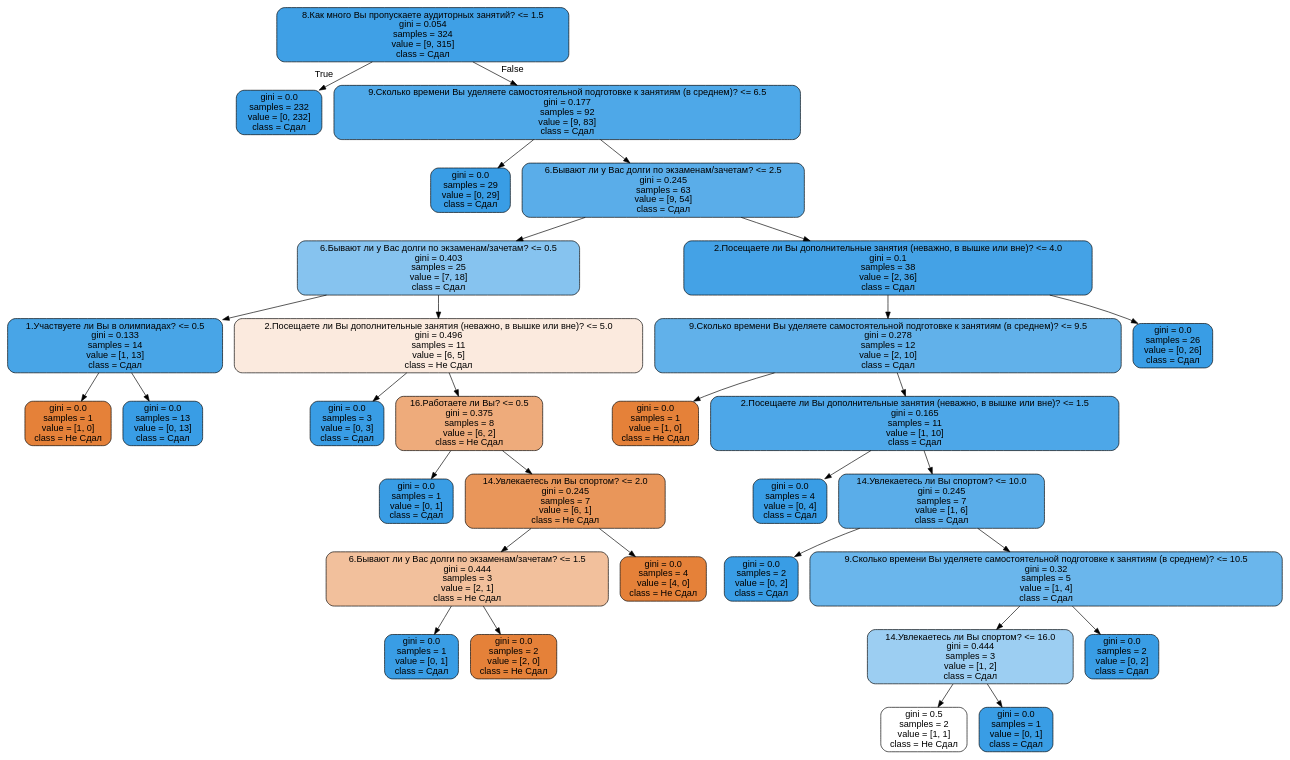
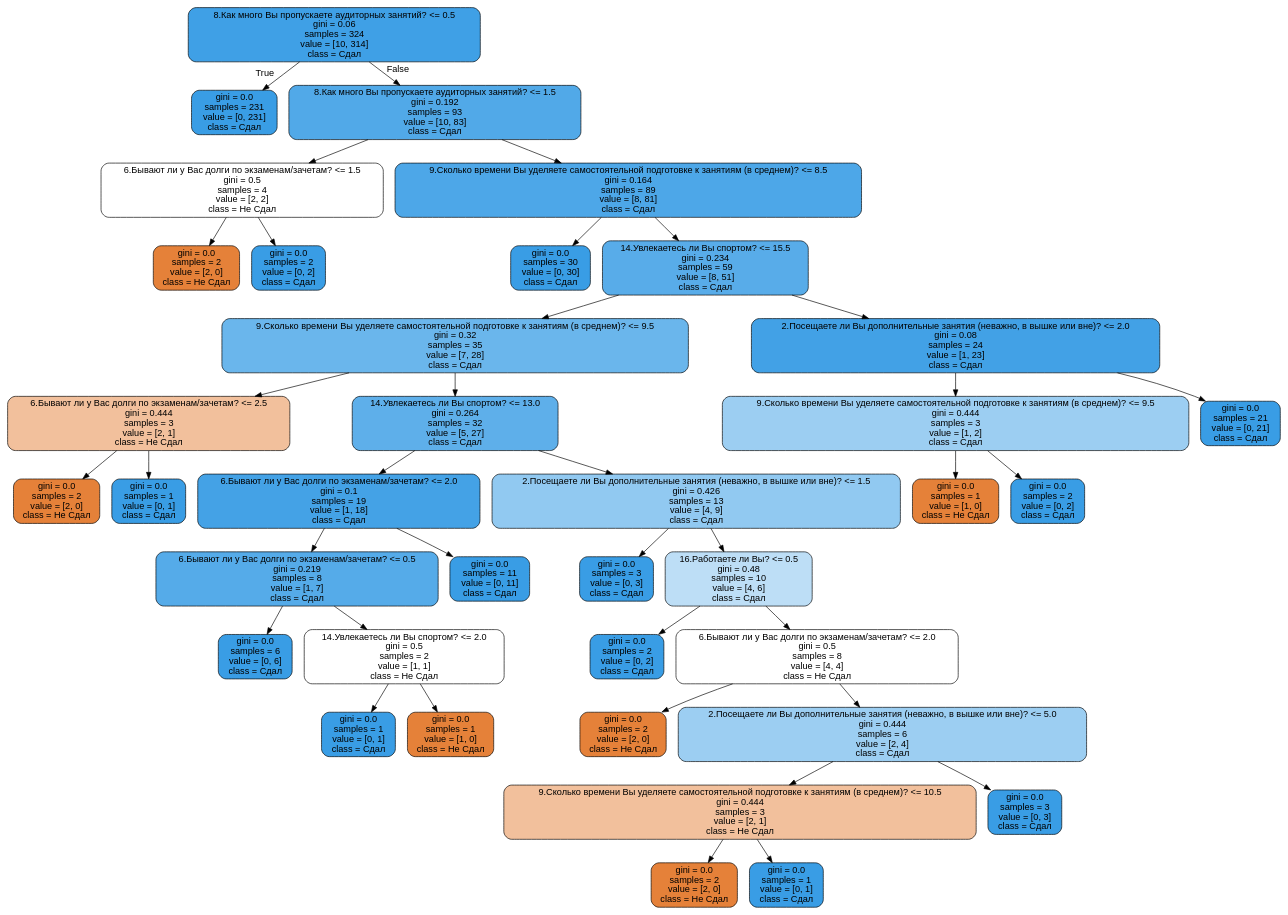
The diagram in myTreeName.dot (alexgiving/coursework_3), drawn with Graphviz before and after one commit. The commit also changed 9 other files, not shown here.

```diff
--- a/myTreeName.dot
+++ b/myTreeName.dot
@@ -1,65 +1,77 @@
 digraph Tree {
 node [shape=box, style="filled, rounded", color="black", fontname="helvetica"] ;
 edge [fontname="helvetica"] ;
-0 [label="8.Как много Вы пропускаете аудиторных занятий? <= 1.5\ngini = 0.054\nsamples = 324\nvalue = [9, 315]\nclass = Сдал", fillcolor="#3fa0e6"] ;
-1 [label="gini = 0.0\nsamples = 232\nvalue = [0, 232]\nclass = Сдал", fillcolor="#399de5"] ;
+0 [label="8.Как много Вы пропускаете аудиторных занятий? <= 0.5\ngini = 0.06\nsamples = 324\nvalue = [10, 314]\nclass = Сдал", fillcolor="#3fa0e6"] ;
+1 [label="gini = 0.0\nsamples = 231\nvalue = [0, 231]\nclass = Сдал", fillcolor="#399de5"] ;
 0 -> 1 [labeldistance=2.5, labelangle=45, headlabel="True"] ;
-2 [label="9.Сколько времени Вы уделяете самостоятельной подготовке к занятиям (в среднем)? <= 6.5\ngini = 0.177\nsamples = 92\nvalue = [9, 83]\nclass = Сдал", fillcolor="#4ea8e8"] ;
+2 [label="8.Как много Вы пропускаете аудиторных занятий? <= 1.5\ngini = 0.192\nsamples = 93\nvalue = [10, 83]\nclass = Сдал", fillcolor="#51a9e8"] ;
 0 -> 2 [labeldistance=2.5, labelangle=-45, headlabel="False"] ;
-3 [label="gini = 0.0\nsamples = 29\nvalue = [0, 29]\nclass = Сдал", fillcolor="#399de5"] ;
+3 [label="6.Бывают ли у Вас долги по экзаменам/зачетам? <= 1.5\ngini = 0.5\nsamples = 4\nvalue = [2, 2]\nclass = Не Сдал", fillcolor="#ffffff"] ;
 2 -> 3 ;
-4 [label="6.Бывают ли у Вас долги по экзаменам/зачетам? <= 2.5\ngini = 0.245\nsamples = 63\nvalue = [9, 54]\nclass = Сдал", fillcolor="#5aade9"] ;
-2 -> 4 ;
-5 [label="6.Бывают ли у Вас долги по экзаменам/зачетам? <= 0.5\ngini = 0.403\nsamples = 25\nvalue = [7, 18]\nclass = Сдал", fillcolor="#86c3ef"] ;
-4 -> 5 ;
-6 [label="1.Участвуете ли Вы в олимпиадах? <= 0.5\ngini = 0.133\nsamples = 14\nvalue = [1, 13]\nclass = Сдал", fillcolor="#48a5e7"] ;
-5 -> 6 ;
-7 [label="gini = 0.0\nsamples = 1\nvalue = [1, 0]\nclass = Не Сдал", fillcolor="#e58139"] ;
+4 [label="gini = 0.0\nsamples = 2\nvalue = [2, 0]\nclass = Не Сдал", fillcolor="#e58139"] ;
+3 -> 4 ;
+5 [label="gini = 0.0\nsamples = 2\nvalue = [0, 2]\nclass = Сдал", fillcolor="#399de5"] ;
+3 -> 5 ;
+6 [label="9.Сколько времени Вы уделяете самостоятельной подготовке к занятиям (в среднем)? <= 8.5\ngini = 0.164\nsamples = 89\nvalue = [8, 81]\nclass = Сдал", fillcolor="#4da7e8"] ;
+2 -> 6 ;
+7 [label="gini = 0.0\nsamples = 30\nvalue = [0, 30]\nclass = Сдал", fillcolor="#399de5"] ;
 6 -> 7 ;
-8 [label="gini = 0.0\nsamples = 13\nvalue = [0, 13]\nclass = Сдал", fillcolor="#399de5"] ;
+8 [label="14.Увлекаетесь ли Вы спортом? <= 15.5\ngini = 0.234\nsamples = 59\nvalue = [8, 51]\nclass = Сдал", fillcolor="#58ace9"] ;
 6 -> 8 ;
-9 [label="2.Посещаете ли Вы дополнительные занятия (неважно, в вышке или вне)? <= 5.0\ngini = 0.496\nsamples = 11\nvalue = [6, 5]\nclass = Не Сдал", fillcolor="#fbeade"] ;
-5 -> 9 ;
-10 [label="gini = 0.0\nsamples = 3\nvalue = [0, 3]\nclass = Сдал", fillcolor="#399de5"] ;
+9 [label="9.Сколько времени Вы уделяете самостоятельной подготовке к занятиям (в среднем)? <= 9.5\ngini = 0.32\nsamples = 35\nvalue = [7, 28]\nclass = Сдал", fillcolor="#6ab6ec"] ;
+8 -> 9 ;
+10 [label="6.Бывают ли у Вас долги по экзаменам/зачетам? <= 2.5\ngini = 0.444\nsamples = 3\nvalue = [2, 1]\nclass = Не Сдал", fillcolor="#f2c09c"] ;
 9 -> 10 ;
-11 [label="16.Работаете ли Вы? <= 0.5\ngini = 0.375\nsamples = 8\nvalue = [6, 2]\nclass = Не Сдал", fillcolor="#eeab7b"] ;
-9 -> 11 ;
+11 [label="gini = 0.0\nsamples = 2\nvalue = [2, 0]\nclass = Не Сдал", fillcolor="#e58139"] ;
+10 -> 11 ;
 12 [label="gini = 0.0\nsamples = 1\nvalue = [0, 1]\nclass = Сдал", fillcolor="#399de5"] ;
-11 -> 12 ;
-13 [label="14.Увлекаетесь ли Вы спортом? <= 2.0\ngini = 0.245\nsamples = 7\nvalue = [6, 1]\nclass = Не Сдал", fillcolor="#e9965a"] ;
-11 -> 13 ;
-14 [label="6.Бывают ли у Вас долги по экзаменам/зачетам? <= 1.5\ngini = 0.444\nsamples = 3\nvalue = [2, 1]\nclass = Не Сдал", fillcolor="#f2c09c"] ;
+10 -> 12 ;
+13 [label="14.Увлекаетесь ли Вы спортом? <= 13.0\ngini = 0.264\nsamples = 32\nvalue = [5, 27]\nclass = Сдал", fillcolor="#5eafea"] ;
+9 -> 13 ;
+14 [label="6.Бывают ли у Вас долги по экзаменам/зачетам? <= 2.0\ngini = 0.1\nsamples = 19\nvalue = [1, 18]\nclass = Сдал", fillcolor="#44a2e6"] ;
 13 -> 14 ;
-15 [label="gini = 0.0\nsamples = 1\nvalue = [0, 1]\nclass = Сдал", fillcolor="#399de5"] ;
+15 [label="6.Бывают ли у Вас долги по экзаменам/зачетам? <= 0.5\ngini = 0.219\nsamples = 8\nvalue = [1, 7]\nclass = Сдал", fillcolor="#55abe9"] ;
 14 -> 15 ;
-16 [label="gini = 0.0\nsamples = 2\nvalue = [2, 0]\nclass = Не Сдал", fillcolor="#e58139"] ;
-14 -> 16 ;
-17 [label="gini = 0.0\nsamples = 4\nvalue = [4, 0]\nclass = Не Сдал", fillcolor="#e58139"] ;
-13 -> 17 ;
-18 [label="2.Посещаете ли Вы дополнительные занятия (неважно, в вышке или вне)? <= 4.0\ngini = 0.1\nsamples = 38\nvalue = [2, 36]\nclass = Сдал", fillcolor="#44a2e6"] ;
-4 -> 18 ;
-19 [label="9.Сколько времени Вы уделяете самостоятельной подготовке к занятиям (в среднем)? <= 9.5\ngini = 0.278\nsamples = 12\nvalue = [2, 10]\nclass = Сдал", fillcolor="#61b1ea"] ;
-18 -> 19 ;
-20 [label="gini = 0.0\nsamples = 1\nvalue = [1, 0]\nclass = Не Сдал", fillcolor="#e58139"] ;
-19 -> 20 ;
-21 [label="2.Посещаете ли Вы дополнительные занятия (неважно, в вышке или вне)? <= 1.5\ngini = 0.165\nsamples = 11\nvalue = [1, 10]\nclass = Сдал", fillcolor="#4da7e8"] ;
-19 -> 21 ;
-22 [label="gini = 0.0\nsamples = 4\nvalue = [0, 4]\nclass = Сдал", fillcolor="#399de5"] ;
+16 [label="gini = 0.0\nsamples = 6\nvalue = [0, 6]\nclass = Сдал", fillcolor="#399de5"] ;
+15 -> 16 ;
+17 [label="14.Увлекаетесь ли Вы спортом? <= 2.0\ngini = 0.5\nsamples = 2\nvalue = [1, 1]\nclass = Не Сдал", fillcolor="#ffffff"] ;
+15 -> 17 ;
+18 [label="gini = 0.0\nsamples = 1\nvalue = [0, 1]\nclass = Сдал", fillcolor="#399de5"] ;
+17 -> 18 ;
+19 [label="gini = 0.0\nsamples = 1\nvalue = [1, 0]\nclass = Не Сдал", fillcolor="#e58139"] ;
+17 -> 19 ;
+20 [label="gini = 0.0\nsamples = 11\nvalue = [0, 11]\nclass = Сдал", fillcolor="#399de5"] ;
+14 -> 20 ;
+21 [label="2.Посещаете ли Вы дополнительные занятия (неважно, в вышке или вне)? <= 1.5\ngini = 0.426\nsamples = 13\nvalue = [4, 9]\nclass = Сдал", fillcolor="#91c9f1"] ;
+13 -> 21 ;
+22 [label="gini = 0.0\nsamples = 3\nvalue = [0, 3]\nclass = Сдал", fillcolor="#399de5"] ;
 21 -> 22 ;
-23 [label="14.Увлекаетесь ли Вы спортом? <= 10.0\ngini = 0.245\nsamples = 7\nvalue = [1, 6]\nclass = Сдал", fillcolor="#5aade9"] ;
+23 [label="16.Работаете ли Вы? <= 0.5\ngini = 0.48\nsamples = 10\nvalue = [4, 6]\nclass = Сдал", fillcolor="#bddef6"] ;
 21 -> 23 ;
 24 [label="gini = 0.0\nsamples = 2\nvalue = [0, 2]\nclass = Сдал", fillcolor="#399de5"] ;
 23 -> 24 ;
-25 [label="9.Сколько времени Вы уделяете самостоятельной подготовке к занятиям (в среднем)? <= 10.5\ngini = 0.32\nsamples = 5\nvalue = [1, 4]\nclass = Сдал", fillcolor="#6ab6ec"] ;
+25 [label="6.Бывают ли у Вас долги по экзаменам/зачетам? <= 2.0\ngini = 0.5\nsamples = 8\nvalue = [4, 4]\nclass = Не Сдал", fillcolor="#ffffff"] ;
 23 -> 25 ;
-26 [label="14.Увлекаетесь ли Вы спортом? <= 16.0\ngini = 0.444\nsamples = 3\nvalue = [1, 2]\nclass = Сдал", fillcolor="#9ccef2"] ;
+26 [label="gini = 0.0\nsamples = 2\nvalue = [2, 0]\nclass = Не Сдал", fillcolor="#e58139"] ;
 25 -> 26 ;
-27 [label="gini = 0.5\nsamples = 2\nvalue = [1, 1]\nclass = Не Сдал", fillcolor="#ffffff"] ;
-26 -> 27 ;
-28 [label="gini = 0.0\nsamples = 1\nvalue = [0, 1]\nclass = Сдал", fillcolor="#399de5"] ;
-26 -> 28 ;
-29 [label="gini = 0.0\nsamples = 2\nvalue = [0, 2]\nclass = Сдал", fillcolor="#399de5"] ;
-25 -> 29 ;
-30 [label="gini = 0.0\nsamples = 26\nvalue = [0, 26]\nclass = Сдал", fillcolor="#399de5"] ;
-18 -> 30 ;
+27 [label="2.Посещаете ли Вы дополнительные занятия (неважно, в вышке или вне)? <= 5.0\ngini = 0.444\nsamples = 6\nvalue = [2, 4]\nclass = Сдал", fillcolor="#9ccef2"] ;
+25 -> 27 ;
+28 [label="9.Сколько времени Вы уделяете самостоятельной подготовке к занятиям (в среднем)? <= 10.5\ngini = 0.444\nsamples = 3\nvalue = [2, 1]\nclass = Не Сдал", fillcolor="#f2c09c"] ;
+27 -> 28 ;
+29 [label="gini = 0.0\nsamples = 2\nvalue = [2, 0]\nclass = Не Сдал", fillcolor="#e58139"] ;
+28 -> 29 ;
+30 [label="gini = 0.0\nsamples = 1\nvalue = [0, 1]\nclass = Сдал", fillcolor="#399de5"] ;
+28 -> 30 ;
+31 [label="gini = 0.0\nsamples = 3\nvalue = [0, 3]\nclass = Сдал", fillcolor="#399de5"] ;
+27 -> 31 ;
+32 [label="2.Посещаете ли Вы дополнительные занятия (неважно, в вышке или вне)? <= 2.0\ngini = 0.08\nsamples = 24\nvalue = [1, 23]\nclass = Сдал", fillcolor="#42a1e6"] ;
+8 -> 32 ;
+33 [label="9.Сколько времени Вы уделяете самостоятельной подготовке к занятиям (в среднем)? <= 9.5\ngini = 0.444\nsamples = 3\nvalue = [1, 2]\nclass = Сдал", fillcolor="#9ccef2"] ;
+32 -> 33 ;
+34 [label="gini = 0.0\nsamples = 1\nvalue = [1, 0]\nclass = Не Сдал", fillcolor="#e58139"] ;
+33 -> 34 ;
+35 [label="gini = 0.0\nsamples = 2\nvalue = [0, 2]\nclass = Сдал", fillcolor="#399de5"] ;
+33 -> 35 ;
+36 [label="gini = 0.0\nsamples = 21\nvalue = [0, 21]\nclass = Сдал", fillcolor="#399de5"] ;
+32 -> 36 ;
 }
```
